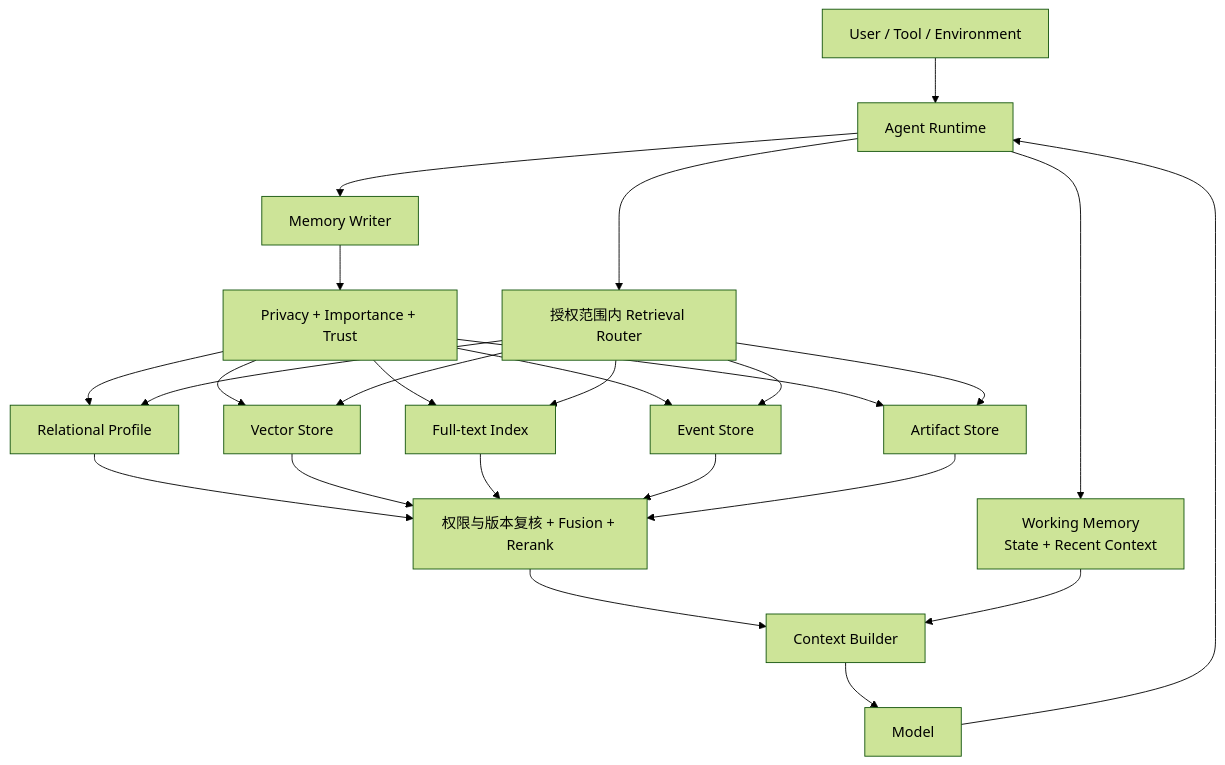
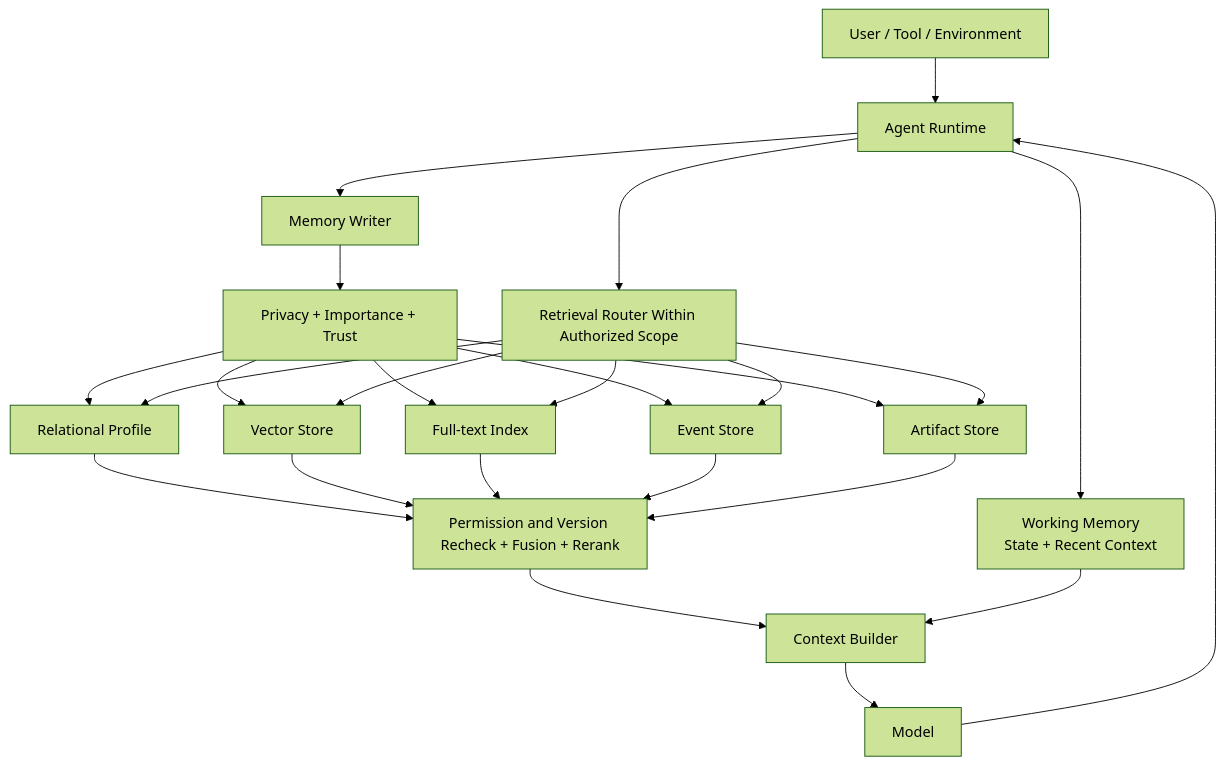
One commit to oneleaveknowsthefall/awesome-ai-roadmap changed diagram 15 of 15 in docs/agent/03-memory-context/08-agent-memory-implementation.md. Above: the diagram before and after it, drawn with Mermaid (forest theme). The commit also changed other lines of this file and 68 other files, not shown here.

````diff
--- a/docs/agent/03-memory-context/08-agent-memory-implementation.md
+++ b/docs/agent/03-memory-context/08-agent-memory-implementation.md
@@ -1181,32 +1181,32 @@
 ```mermaid
 flowchart TB
     INPUT[User / Tool / Environment] --> RUNTIME[Agent Runtime]
 
     RUNTIME --> WM[Working Memory<br/>State + Recent Context]
     RUNTIME --> WRITER[Memory Writer]
 
     WRITER --> POLICY[Privacy + Importance + Trust]
     POLICY --> PROFILE[Relational Profile]
     POLICY --> VECTOR[Vector Store]
     POLICY --> TEXT[Full-text Index]
     POLICY --> EVENT[Event Store]
     POLICY --> ART[Artifact Store]
 
-    RUNTIME --> RET[授权范围内 Retrieval Router]
+    RUNTIME --> RET[Retrieval Router Within Authorized Scope]
     RET --> PROFILE
     RET --> VECTOR
     RET --> TEXT
     RET --> EVENT
     RET --> ART
 
-    PROFILE --> FUSION[权限与版本复核 + Fusion + Rerank]
+    PROFILE --> FUSION[Permission and Version Recheck + Fusion + Rerank]
     VECTOR --> FUSION
     TEXT --> FUSION
     EVENT --> FUSION
     ART --> FUSION
 
     FUSION --> CB[Context Builder]
     WM --> CB
     CB --> MODEL[Model]
     MODEL --> RUNTIME
 ```
````
